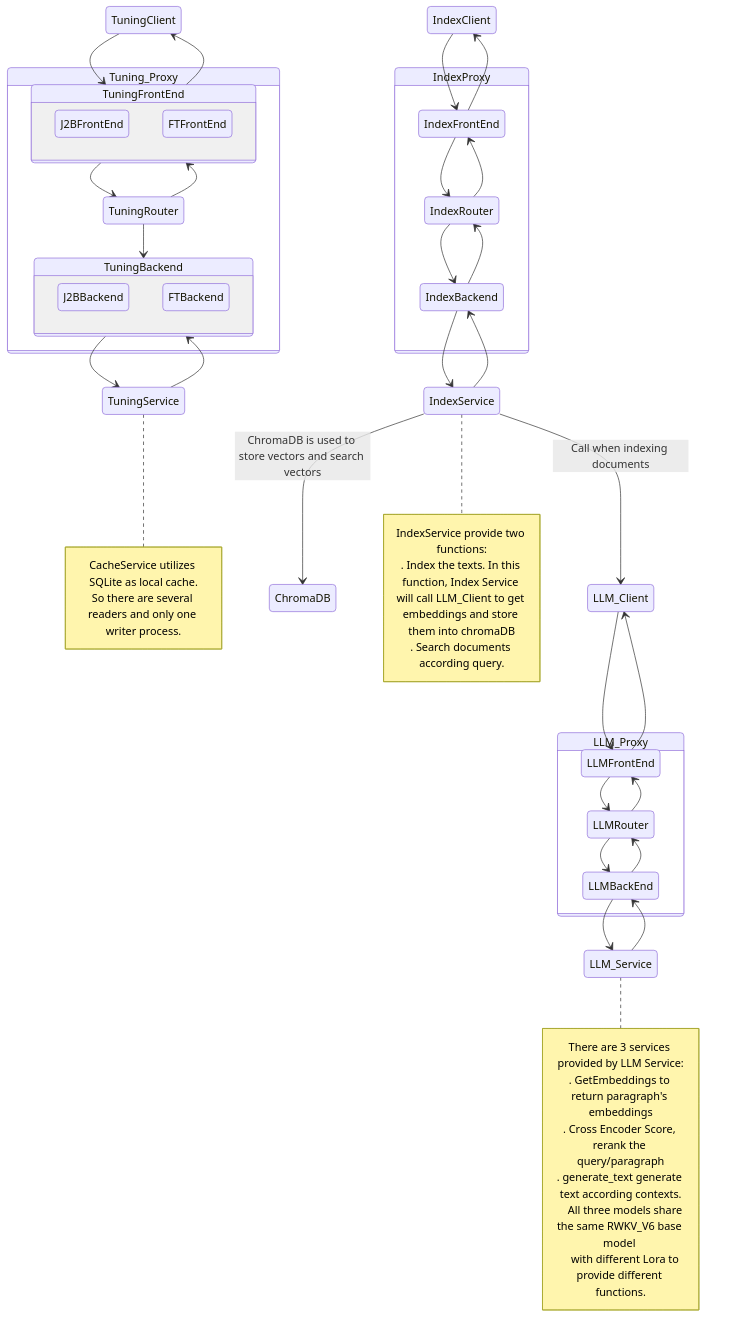
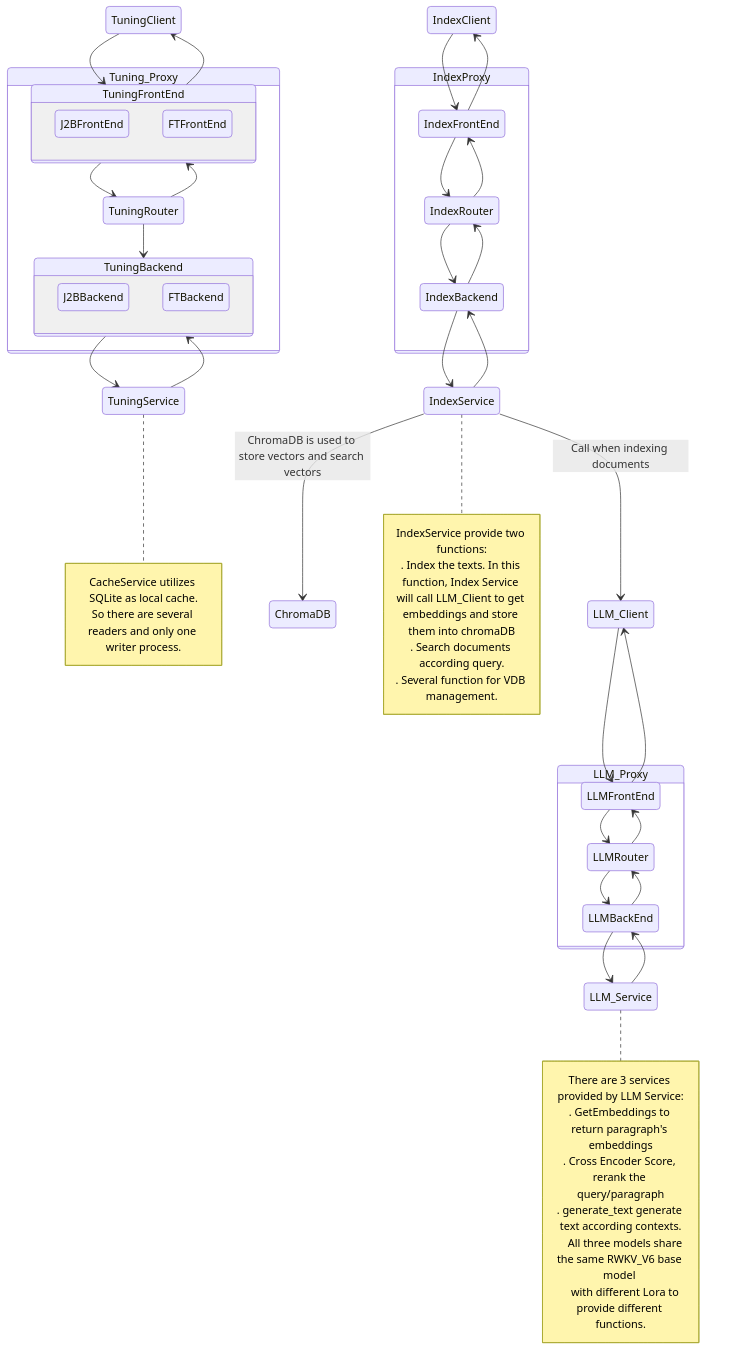
The fourth of 4 diagrams in README.md (AIIRWKV/RWKV-RAG), drawn with Mermaid before and after one commit.

````diff
--- a/README.md
+++ b/README.md
@@ -154,72 +154,74 @@
 ```mermaid
 stateDiagram-v2
 
 LLM_Client --> LLMFrontEnd
 LLMFrontEnd --> LLM_Client
 LLM_Proxy
 state LLM_Proxy{
     LLMFrontEnd --> LLMRouter 
     LLMRouter --> LLMBackEnd
     LLMRouter --> LLMFrontEnd
     LLMBackEnd --> LLMRouter
 }
 LLMBackEnd --> LLM_Service
 LLM_Service --> LLMBackEnd
 note right of LLM_Service
     There are 3 services provided by LLM Service:
     . GetEmbeddings to return paragraph's embeddings
     . Cross Encoder Score, rerank the query/paragraph
     . generate_text generate text according contexts.
 
     All three models share the same RWKV_V6 base model 
     with different Lora to provide different functions.
 end note
 
 TuningClient
 Tuning_Proxy
 state Tuning_Proxy{
     TuningFrontEnd
     state TuningFrontEnd{
         J2BFrontEnd
         FTFrontEnd
     }
     TuningFrontEnd --> TuningRouter 
     TuningRouter -->  TuningFrontEnd
     TuningRouter --> TuningBackend
     TuningBackend
     state TuningBackend{
         J2BBackend
         FTBackend
     }
 }
 TuningClient --> TuningFrontEnd
 TuningFrontEnd --> TuningClient
 TuningService --> TuningBackend
 TuningBackend --> TuningService
 note right of TuningService
 CacheService utilizes SQLite as local cache.
 So there are several readers and only one writer process.
 end note
 
 
 IndexClient
 IndexProxy
 state IndexProxy{
     IndexFrontEnd --> IndexRouter
     IndexRouter --> IndexFrontEnd
     IndexRouter --> IndexBackend
     IndexBackend --> IndexRouter
 }
 IndexClient --> IndexFrontEnd
 IndexFrontEnd --> IndexClient
 IndexBackend --> IndexService
 IndexService --> IndexBackend
 IndexService --> LLM_Client :Call when indexing documents
 IndexService --> ChromaDB :ChromaDB is used to store vectors and search vectors
 note right of IndexService
 IndexService provide two functions:
 . Index the texts. In this function, Index Service will call LLM_Client to get embeddings and store them into chromaDB
 . Search documents according query.
+. Several function for VDB management.
+
 end note
 
 ```
````
